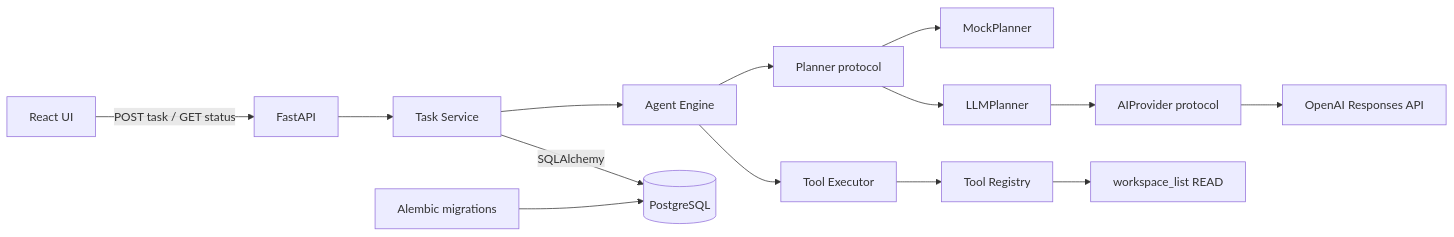
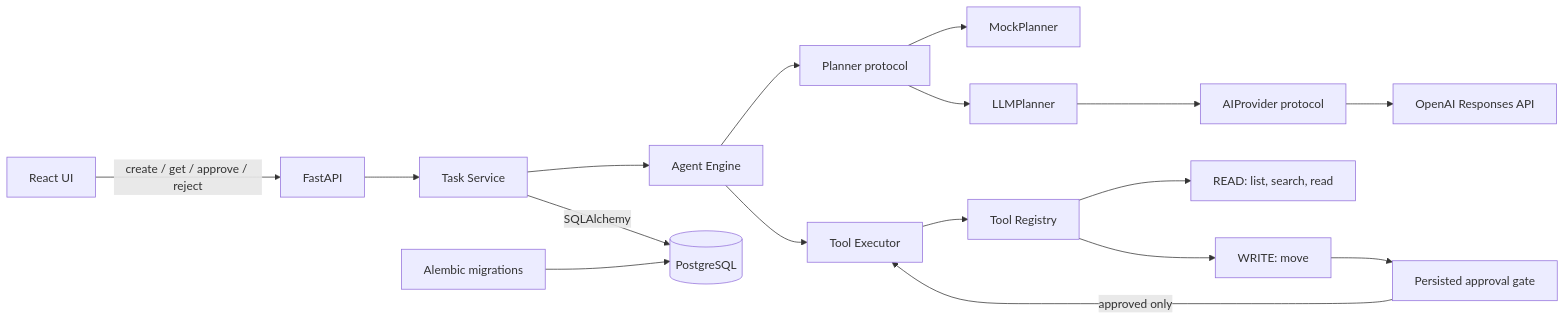
Before and after one commit to EstiveJobson/aura: the first of 2 diagrams in docs/architecture.md, drawn with Mermaid. The commit also changed other lines of this file and 32 other files, not shown here.

````diff
--- a/docs/architecture.md
+++ b/docs/architecture.md
@@ -18,16 +18,19 @@
 ```mermaid
 flowchart LR
-    Browser[React UI] -->|POST task / GET status| API[FastAPI]
+    Browser[React UI] -->|create / get / approve / reject| API[FastAPI]
     API --> Service[Task Service]
     Service --> Engine[Agent Engine]
     Engine --> Planner[Planner protocol]
     Planner --> Mock[MockPlanner]
     Planner --> LLM[LLMPlanner]
     LLM --> Provider[AIProvider protocol]
     Provider --> OpenAI[OpenAI Responses API]
     Engine --> Executor[Tool Executor]
     Executor --> Registry[Tool Registry]
-    Registry --> Tool[workspace_list READ]
+    Registry --> Read[READ: list, search, read]
+    Registry --> Write[WRITE: move]
+    Write --> Gate[Persisted approval gate]
+    Gate -->|approved only| Executor
     Service -->|SQLAlchemy| PostgreSQL[(PostgreSQL)]
     Alembic[Alembic migrations] --> PostgreSQL
 ```
````
